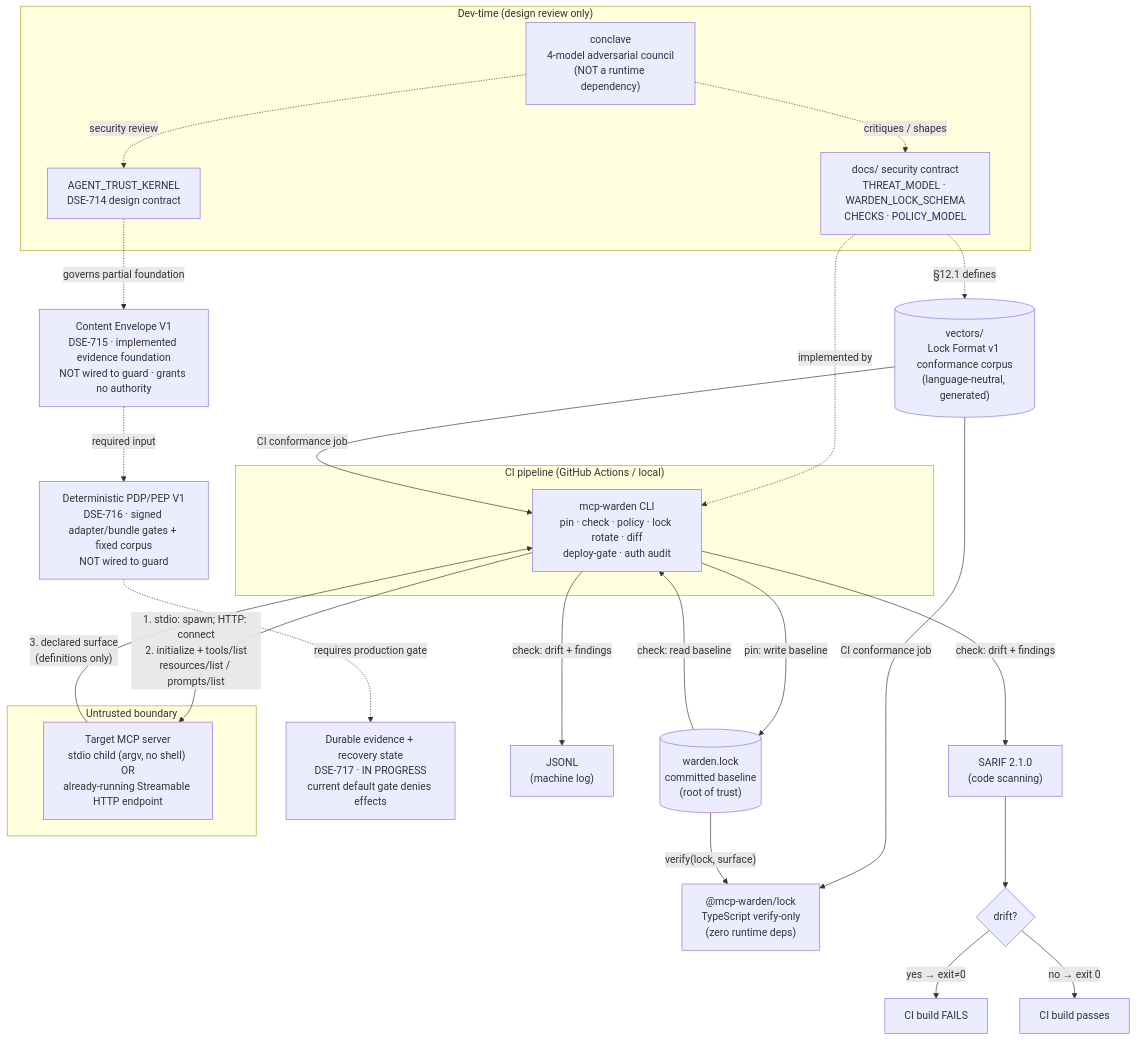
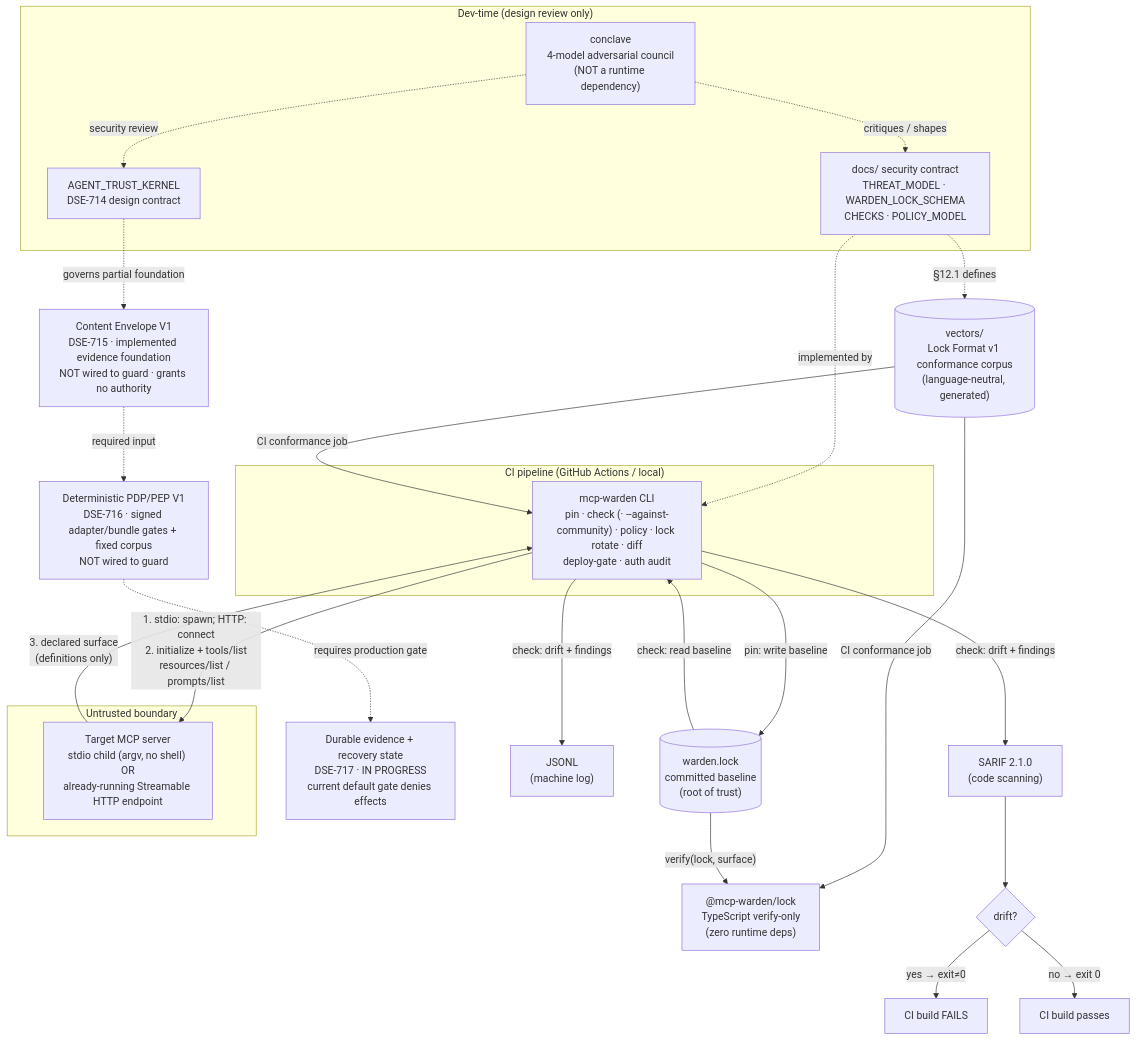
Before and after one commit to DataScience-EngineeringExperts/mcp-warden: the first of 4 diagrams in SYSTEM_CONTEXT_DIAGRAM.md, drawn with Mermaid. The commit also changed other lines of this file and 42 other files, not shown here.

First line of the commit message:
feat: check --against-community — signed multi-attester lock consensus, phase 1 (DSE-1515) (#100)

````diff
--- a/SYSTEM_CONTEXT_DIAGRAM.md
+++ b/SYSTEM_CONTEXT_DIAGRAM.md
@@ -71,50 +71,50 @@
 ```mermaid
 flowchart TB
     subgraph dev["Dev-time (design review only)"]
         conclave["conclave\n4-model adversarial council\n(NOT a runtime dependency)"]
         specs["docs/ security contract\nTHREAT_MODEL · WARDEN_LOCK_SCHEMA\nCHECKS · POLICY_MODEL"]
         atk["AGENT_TRUST_KERNEL\nDSE-714 design contract"]
         conclave -. "critiques / shapes" .-> specs
         conclave -. "security review" .-> atk
     end
 
     envelope["Content Envelope V1\nDSE-715 · implemented evidence foundation\nNOT wired to guard · grants no authority"]
     decision["Deterministic PDP/PEP V1\nDSE-716 · signed adapter/bundle gates + fixed corpus\nNOT wired to guard"]
     evidence["Durable evidence + recovery state\nDSE-717 · IN PROGRESS\ncurrent default gate denies effects"]
     atk -. "governs partial foundation" .-> envelope
     envelope -. "required input" .-> decision
     decision -. "requires production gate" .-> evidence
 
     subgraph ci["CI pipeline (GitHub Actions / local)"]
-        warden["mcp-warden CLI\npin · check · policy · lock rotate · diff\ndeploy-gate · auth audit"]
+        warden["mcp-warden CLI\npin · check (· --against-community) · policy · lock rotate · diff\ndeploy-gate · auth audit"]
     end
 
     subgraph target["Untrusted boundary"]
         server["Target MCP server\nstdio child (argv, no shell) OR\nalready-running Streamable HTTP endpoint"]
     end
 
     repo[("warden.lock\ncommitted baseline\n(root of trust)")]
     sarif["SARIF 2.1.0\n(code scanning)"]
     jsonl["JSONL\n(machine log)"]
 
     specs -. "implemented by" .-> warden
 
     vectors[("vectors/\nLock Format v1 conformance corpus\n(language-neutral, generated)")]
     lockts["@mcp-warden/lock\nTypeScript verify-only\n(zero runtime deps)"]
     specs -. "§12.1 defines" .-> vectors
     vectors -- "CI conformance job" --> warden
     vectors -- "CI conformance job" --> lockts
     repo -- "verify(lock, surface)" --> lockts
 
     warden -- "1. stdio: spawn; HTTP: connect\n2. initialize + tools/list\nresources/list / prompts/list" --> server
     server -- "3. declared surface\n(definitions only)" --> warden
 
     warden -- "pin: write baseline" --> repo
     repo -- "check: read baseline" --> warden
     warden -- "check: drift + findings" --> sarif
     warden -- "check: drift + findings" --> jsonl
 
     sarif --> gate{"drift?"}
     gate -- "yes → exit≠0" --> failci["CI build FAILS"]
     gate -- "no → exit 0" --> passci["CI build passes"]
 ```
````
